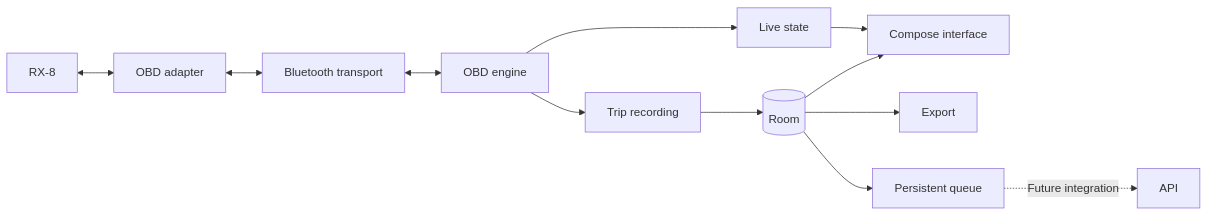
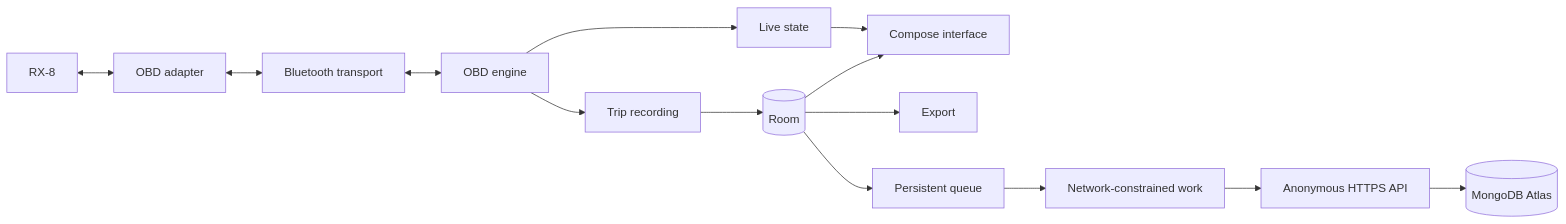
One commit to gonibix23/rx8-telemetry-android changed the diagram in docs/architecture.md. Above: the diagram before and after it, drawn with Mermaid. The commit also changed other lines of this file and 69 other files, not shown here.

First line of the commit message:
Add Atlas API and offline completed-trip uploads (#35)

````diff
--- a/docs/architecture.md
+++ b/docs/architecture.md
@@ -15,14 +15,16 @@
 ```mermaid
 flowchart LR
   Car[RX-8] <--> Adapter[OBD adapter]
   Adapter <--> Bluetooth[Bluetooth transport]
   Bluetooth <--> Obd[OBD engine]
   Obd --> Live[Live state]
   Live --> UI[Compose interface]
   Obd --> Recorder[Trip recording]
   Recorder --> DB[(Room)]
   DB --> UI
   DB --> Export[Export]
   DB --> Outbox[Persistent queue]
-  Outbox -. Future integration .-> API[API]
+  Outbox --> Worker[Network-constrained work]
+  Worker --> API[Anonymous HTTPS API]
+  API --> Atlas[(MongoDB Atlas)]
 ```
````
